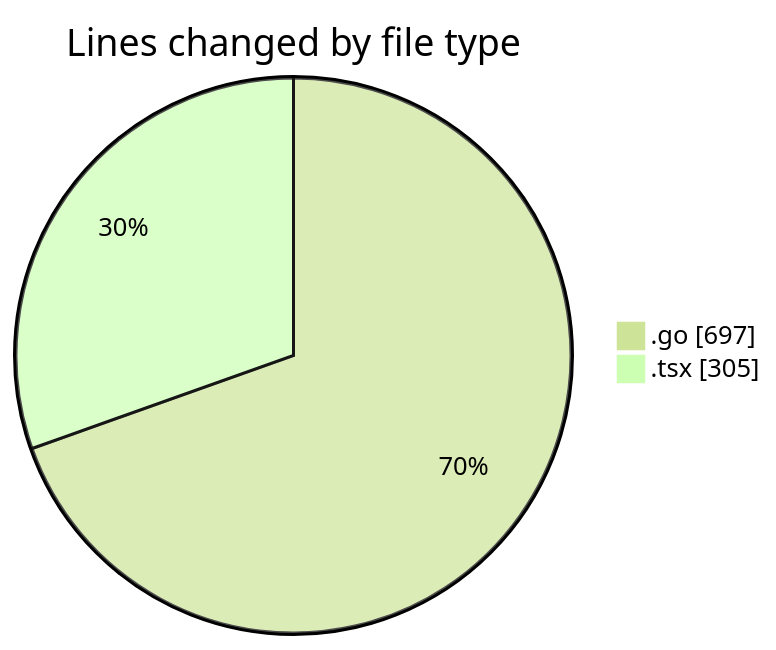
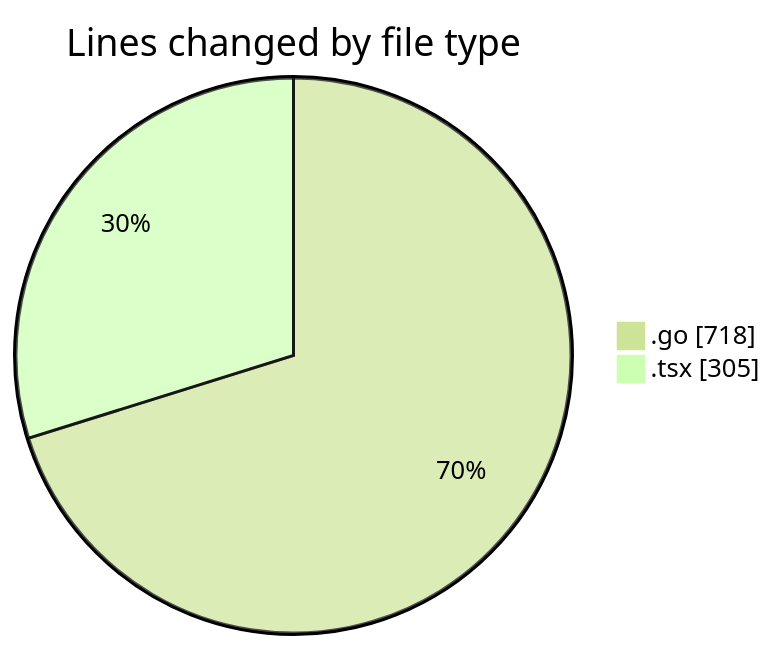
One commit to robertbonfada/code-tracking changed the first of 2 diagrams in 2025-03-01/termonied_testador/README.md. Above: the diagram before and after it, drawn with Mermaid (forest theme). The commit also changed other lines of this file and 1 other file, not shown here.

````diff
--- a/2025-03-01/termonied_testador/README.md
+++ b/2025-03-01/termonied_testador/README.md
@@ -28,6 +28,6 @@
 ```mermaid
 pie showData
 title Lines changed by file type
-".go" : 697
+".go" : 718
 ".tsx" : 305
 ```
````
